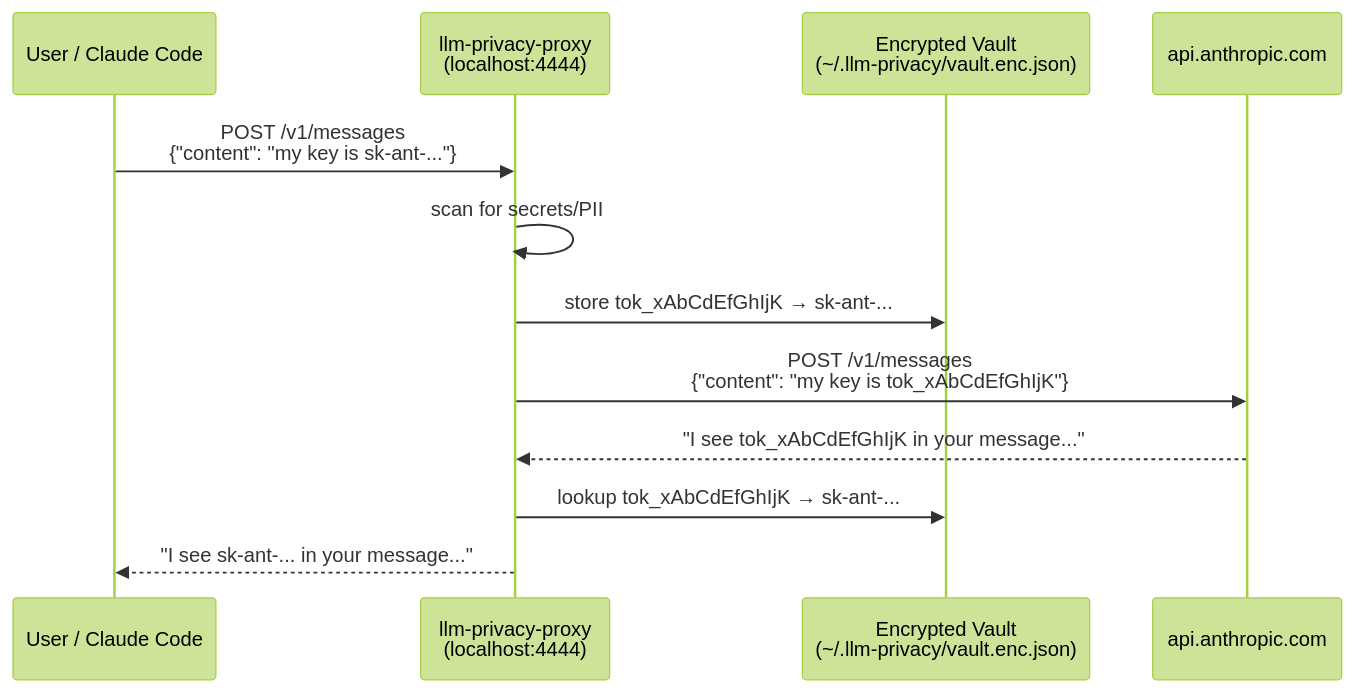
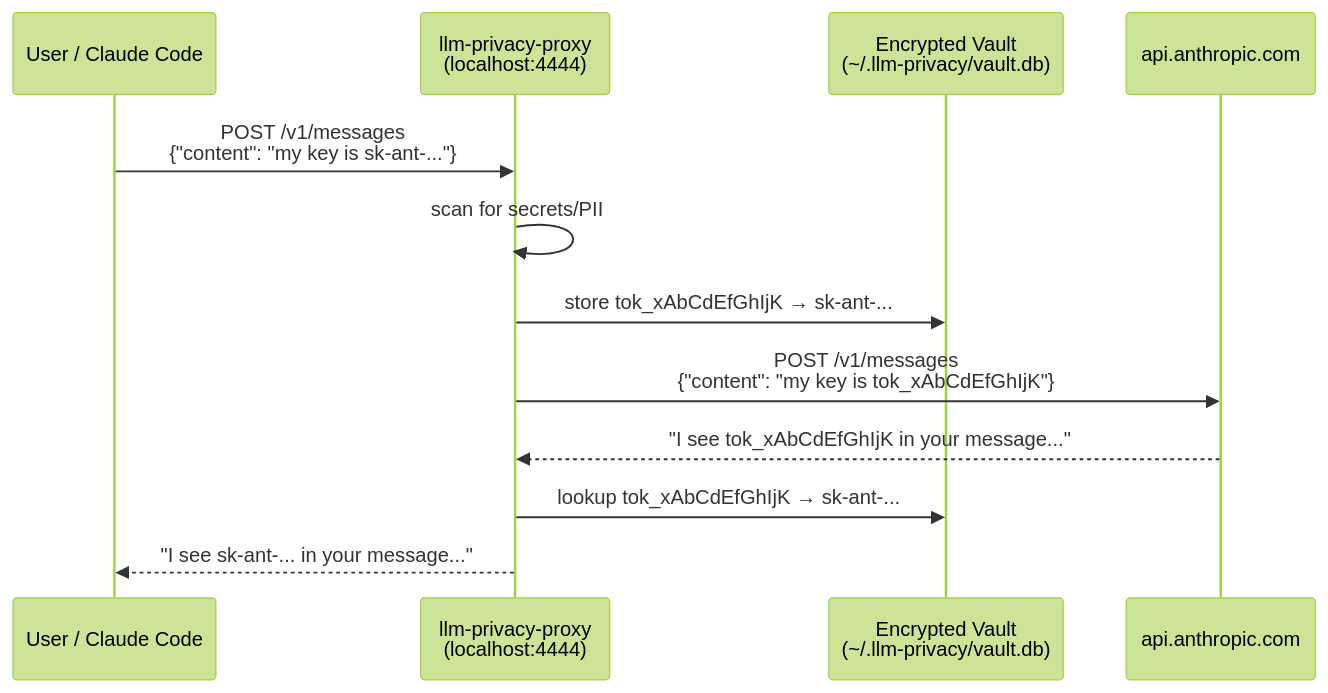
The first of 2 diagrams in README.md (JonathanReifer/llm-privacy-proxy), drawn with Mermaid (forest theme) before and after one commit. The commit also changed other lines of this file and 3 other files, not shown here.

````diff
--- a/README.md
+++ b/README.md
@@ -25,15 +25,15 @@
 ```mermaid
 sequenceDiagram
     participant U as User / Claude Code
     participant P as llm-privacy-proxy<br/>(localhost:4444)
-    participant V as Encrypted Vault<br/>(~/.llm-privacy/vault.enc.json)
+    participant V as Encrypted Vault<br/>(~/.llm-privacy/vault.db)
     participant A as api.anthropic.com
 
     U->>P: POST /v1/messages<br/>{"content": "my key is sk-ant-..."}
     P->>P: scan for secrets/PII
     P->>V: store tok_xAbCdEfGhIjK → sk-ant-...
     P->>A: POST /v1/messages<br/>{"content": "my key is tok_xAbCdEfGhIjK"}
     A-->>P: "I see tok_xAbCdEfGhIjK in your message..."
     P->>V: lookup tok_xAbCdEfGhIjK → sk-ant-...
     P-->>U: "I see sk-ant-... in your message..."
 ```
````
